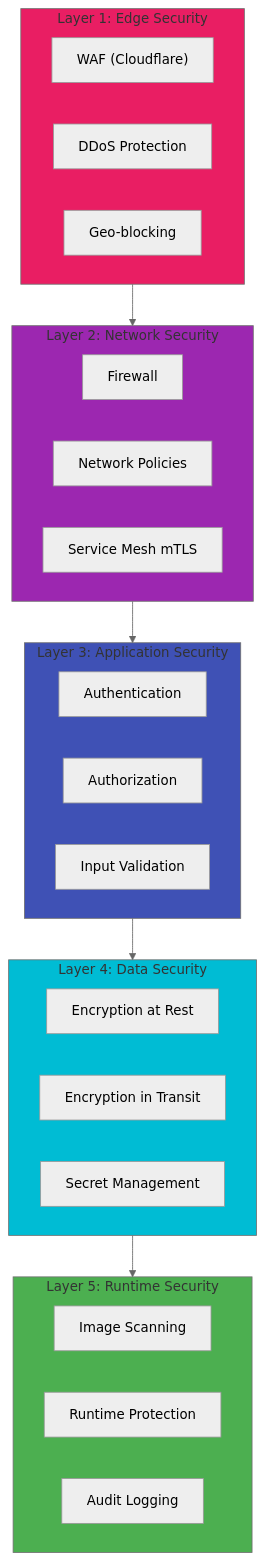
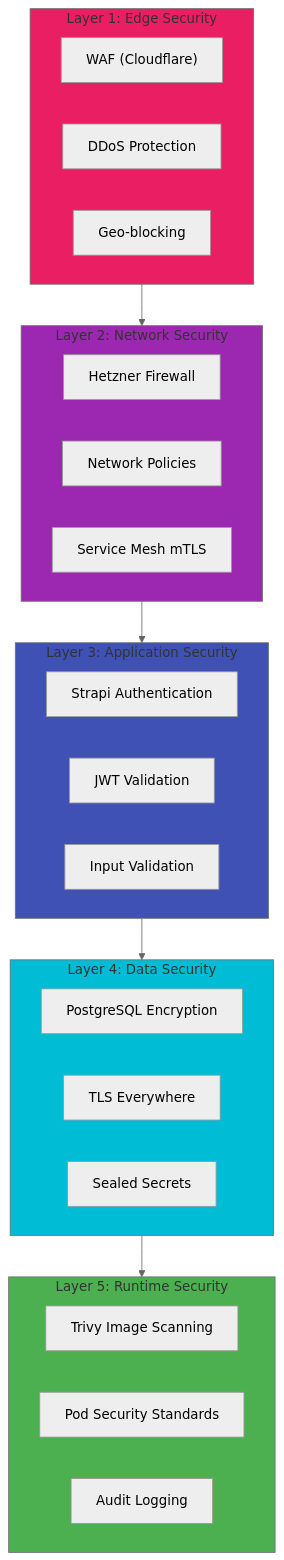
The third of 8 diagrams in DevOps/03-Platform/03-Security.md (PearlThoughtsInternship/Internship-Obsidian-Vault), drawn with Mermaid (neutral theme) before and after one commit. The commit also changed other lines of this file and 1 other file, not shown here.

First line of the commit message:
rebrand: Product Vision + Security with Autograph context

````diff
--- a/DevOps/03-Platform/03-Security.md
+++ b/DevOps/03-Platform/03-Security.md
@@ -85,40 +105,40 @@
 ```mermaid
 flowchart TB
     subgraph L1["Layer 1: Edge Security"]
         WAF["WAF (Cloudflare)"]
         DDoS["DDoS Protection"]
         GeoBlock["Geo-blocking"]
     end
 
     subgraph L2["Layer 2: Network Security"]
-        FW["Firewall"]
+        FW["Hetzner Firewall"]
         NP["Network Policies"]
         mTLS["Service Mesh mTLS"]
     end
 
     subgraph L3["Layer 3: Application Security"]
-        AuthN["Authentication"]
-        AuthZ["Authorization"]
+        Auth["Strapi Authentication"]
+        JWT["JWT Validation"]
         Input["Input Validation"]
     end
 
     subgraph L4["Layer 4: Data Security"]
-        Encrypt["Encryption at Rest"]
-        TLS["Encryption in Transit"]
-        Secrets["Secret Management"]
+        Encrypt["PostgreSQL Encryption"]
+        TLS["TLS Everywhere"]
+        Secrets["Sealed Secrets"]
     end
 
     subgraph L5["Layer 5: Runtime Security"]
-        Scan["Image Scanning"]
-        Runtime["Runtime Protection"]
+        Scan["Trivy Image Scanning"]
+        PSS["Pod Security Standards"]
         Audit["Audit Logging"]
     end
 
     L1 --> L2 --> L3 --> L4 --> L5
 
     style L1 fill:#E91E63
     style L2 fill:#9C27B0
     style L3 fill:#3F51B5
     style L4 fill:#00BCD4
     style L5 fill:#4CAF50
 ```
````
